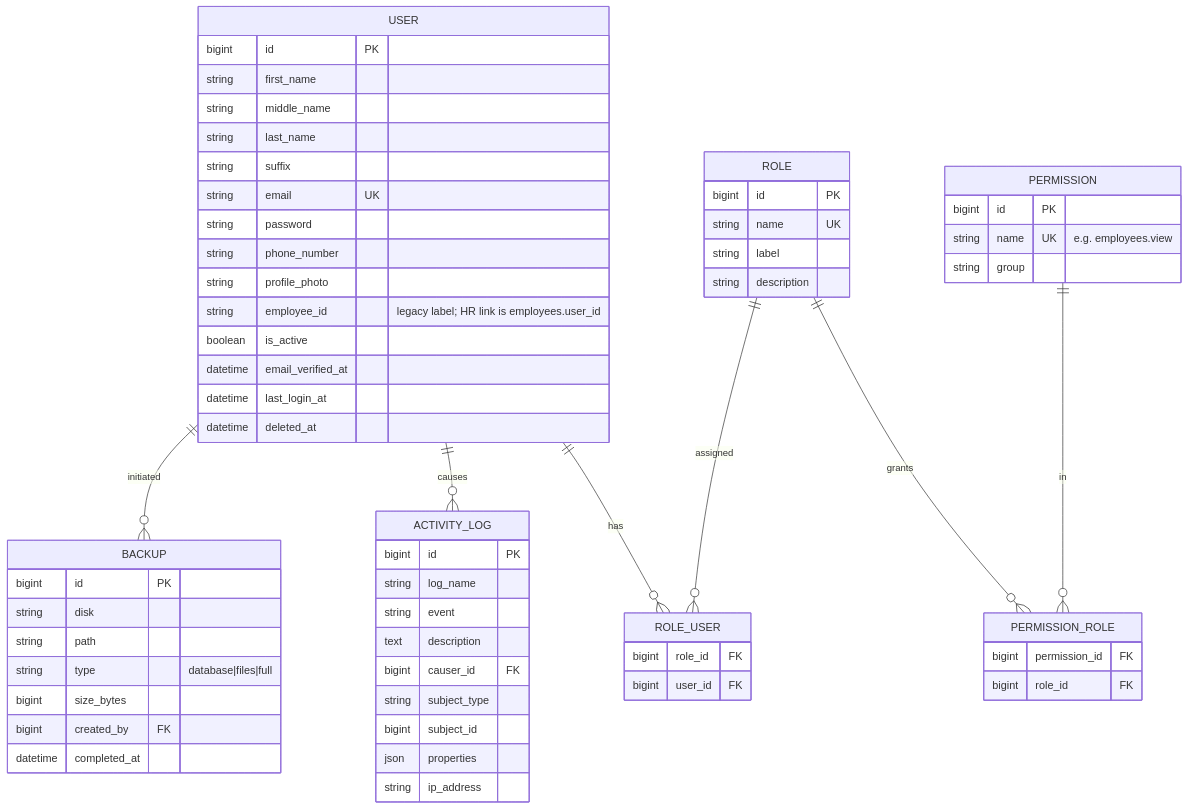
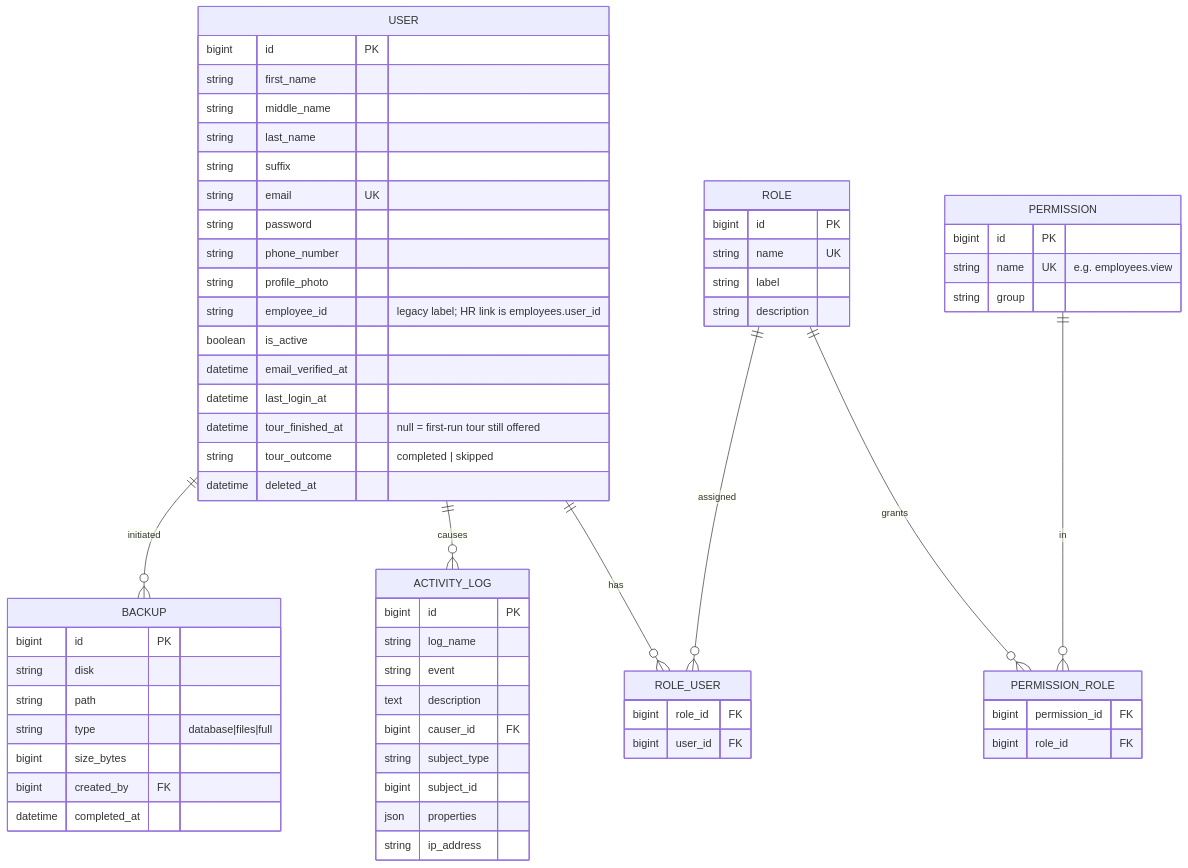
One commit to earlkian8/synapse changed the first of 11 diagrams in docs/database/erd.md. Above: the diagram before and after it, drawn with Mermaid. The commit also changed 42 other files, not shown here.

````diff
--- a/docs/database/erd.md
+++ b/docs/database/erd.md
@@ -74,65 +74,67 @@
 ```mermaid
 erDiagram
     USER ||--o{ ROLE_USER : has
     ROLE ||--o{ ROLE_USER : assigned
     ROLE ||--o{ PERMISSION_ROLE : grants
     PERMISSION ||--o{ PERMISSION_ROLE : in
     USER ||--o{ ACTIVITY_LOG : causes
     USER ||--o{ BACKUP : initiated
 
     USER {
         bigint id PK
         string first_name
         string middle_name
         string last_name
         string suffix
         string email UK
         string password
         string phone_number
         string profile_photo
         string employee_id "legacy label; HR link is employees.user_id"
         boolean is_active
         datetime email_verified_at
         datetime last_login_at
+        datetime tour_finished_at "null = first-run tour still offered"
+        string tour_outcome "completed | skipped"
         datetime deleted_at
     }
     ROLE {
         bigint id PK
         string name UK
         string label
         string description
     }
     PERMISSION {
         bigint id PK
         string name UK "e.g. employees.view"
         string group
     }
     ROLE_USER {
         bigint role_id FK
         bigint user_id FK
     }
     PERMISSION_ROLE {
         bigint permission_id FK
         bigint role_id FK
     }
     ACTIVITY_LOG {
         bigint id PK
         string log_name
         string event
         text description
         bigint causer_id FK
         string subject_type
         bigint subject_id
         json properties
         string ip_address
     }
     BACKUP {
         bigint id PK
         string disk
         string path
         string type "database|files|full"
         bigint size_bytes
         bigint created_by FK
         datetime completed_at
     }
 ```
````
